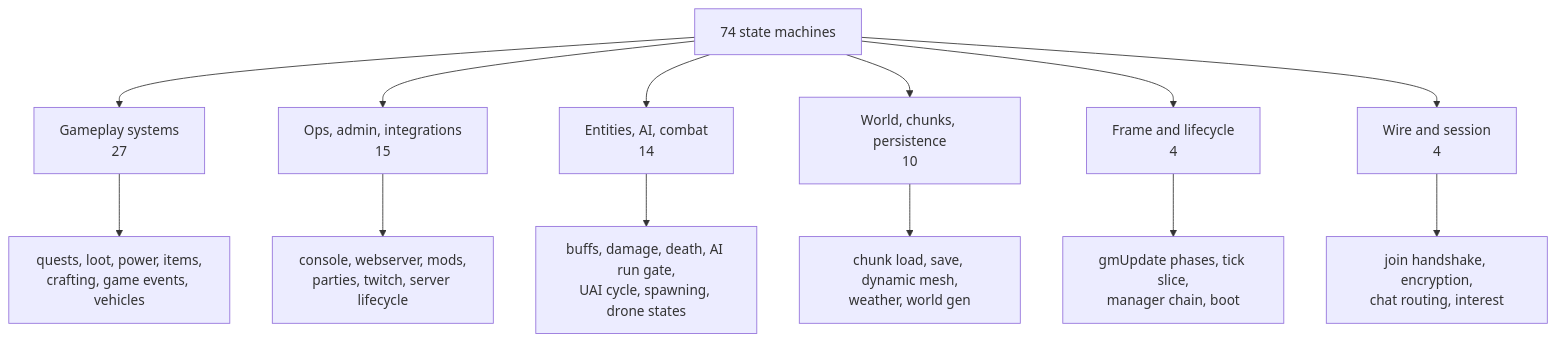
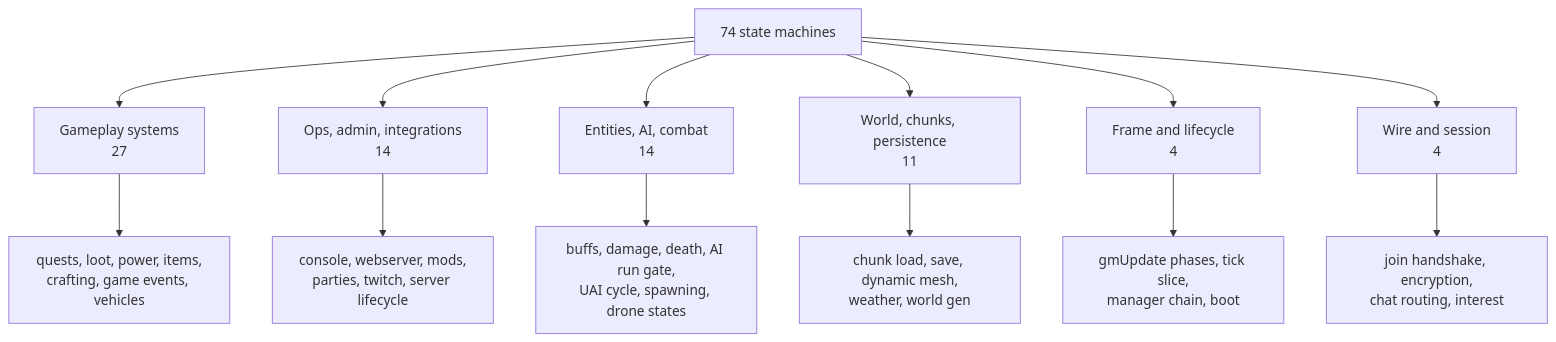
Before and after one commit to hordeforge/7dtd-engine-research: the eighth of 8 diagrams in docs/architecture-map.md, drawn with Mermaid. The commit also changed other lines of this file and 3 other files, not shown here.

````diff
--- a/docs/architecture-map.md
+++ b/docs/architecture-map.md
@@ -263,15 +263,15 @@
 ```mermaid
 flowchart TB
   SM["74 state machines"] --> C1["Gameplay systems<br/>27"]
-  SM --> C2["Ops, admin, integrations<br/>15"]
+  SM --> C2["Ops, admin, integrations<br/>14"]
   SM --> C3["Entities, AI, combat<br/>14"]
-  SM --> C4["World, chunks, persistence<br/>10"]
+  SM --> C4["World, chunks, persistence<br/>11"]
   SM --> C5["Frame and lifecycle<br/>4"]
   SM --> C6["Wire and session<br/>4"]
   C1 --> G1["quests, loot, power, items,<br/>crafting, game events, vehicles"]
   C2 --> G2["console, webserver, mods,<br/>parties, twitch, server lifecycle"]
   C3 --> G3["buffs, damage, death, AI run gate,<br/>UAI cycle, spawning, drone states"]
   C4 --> G4["chunk load, save, dynamic mesh,<br/>weather, world gen"]
   C5 --> G5["gmUpdate phases, tick slice,<br/>manager chain, boot"]
   C6 --> G6["join handshake, encryption,<br/>chat routing, interest"]
 ```
````
